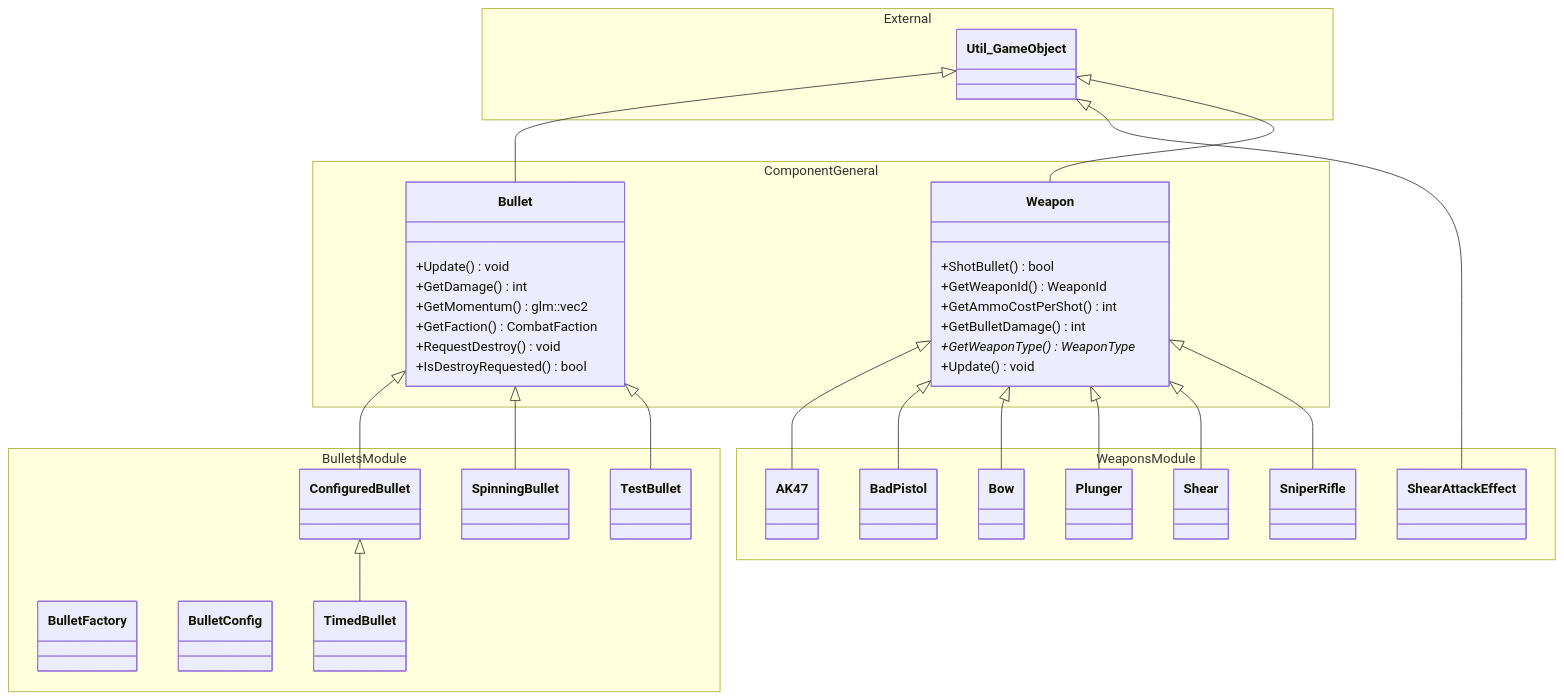
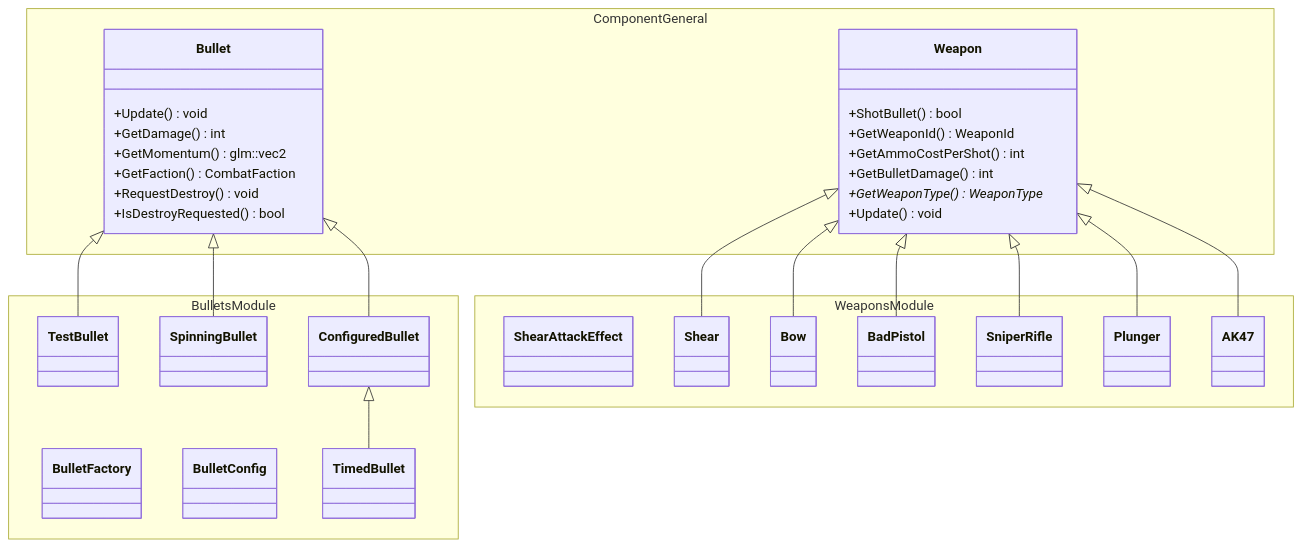
Before and after one commit to 2026-OOPL/final-report: the seventh of 8 diagrams in README.md, drawn with Mermaid. The commit also changed other lines of this file, not shown here.

````diff
--- a/README.md
+++ b/README.md
@@ -315,54 +320,49 @@
 ```mermaid
 classDiagram
   namespace BulletsModule {
     class TestBullet
     class BulletFactory
     class SpinningBullet
     class BulletConfig
     class ConfiguredBullet
     class TimedBullet
   }
   namespace ComponentGeneral {
     class Weapon {
         +ShotBullet() bool
         +GetWeaponId() WeaponId
         +GetAmmoCostPerShot() int
         +GetBulletDamage() int
         +GetWeaponType()* WeaponType
         +Update() void
     }
     class Bullet {
         +Update() void
         +GetDamage() int
         +GetMomentum() glm::vec2
         +GetFaction() CombatFaction
         +RequestDestroy() void
         +IsDestroyRequested() bool
     }
   }
   namespace WeaponsModule {
     class ShearAttackEffect
     class Shear
     class Bow
     class BadPistol
     class SniperRifle
     class Plunger
     class AK47
   }
-  namespace External {
-    class Util_GameObject
-  }
+
   Bullet <|-- ConfiguredBullet
   Bullet <|-- SpinningBullet
   Bullet <|-- TestBullet
   ConfiguredBullet <|-- TimedBullet
-  Util_GameObject <|-- Bullet
-  Util_GameObject <|-- ShearAttackEffect
-  Util_GameObject <|-- Weapon
   Weapon <|-- AK47
   Weapon <|-- BadPistol
   Weapon <|-- Bow
   Weapon <|-- Plunger
   Weapon <|-- Shear
   Weapon <|-- SniperRifle
 ```
````
